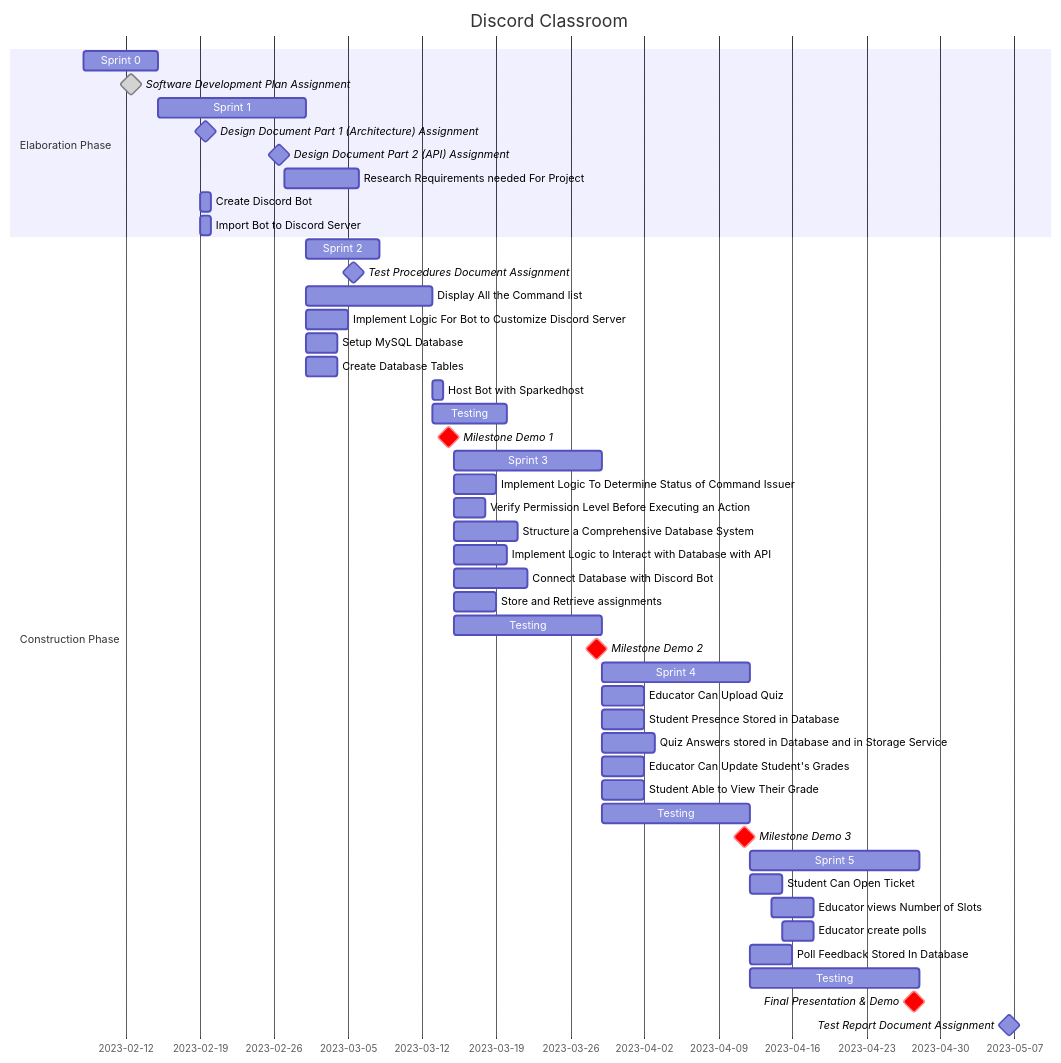
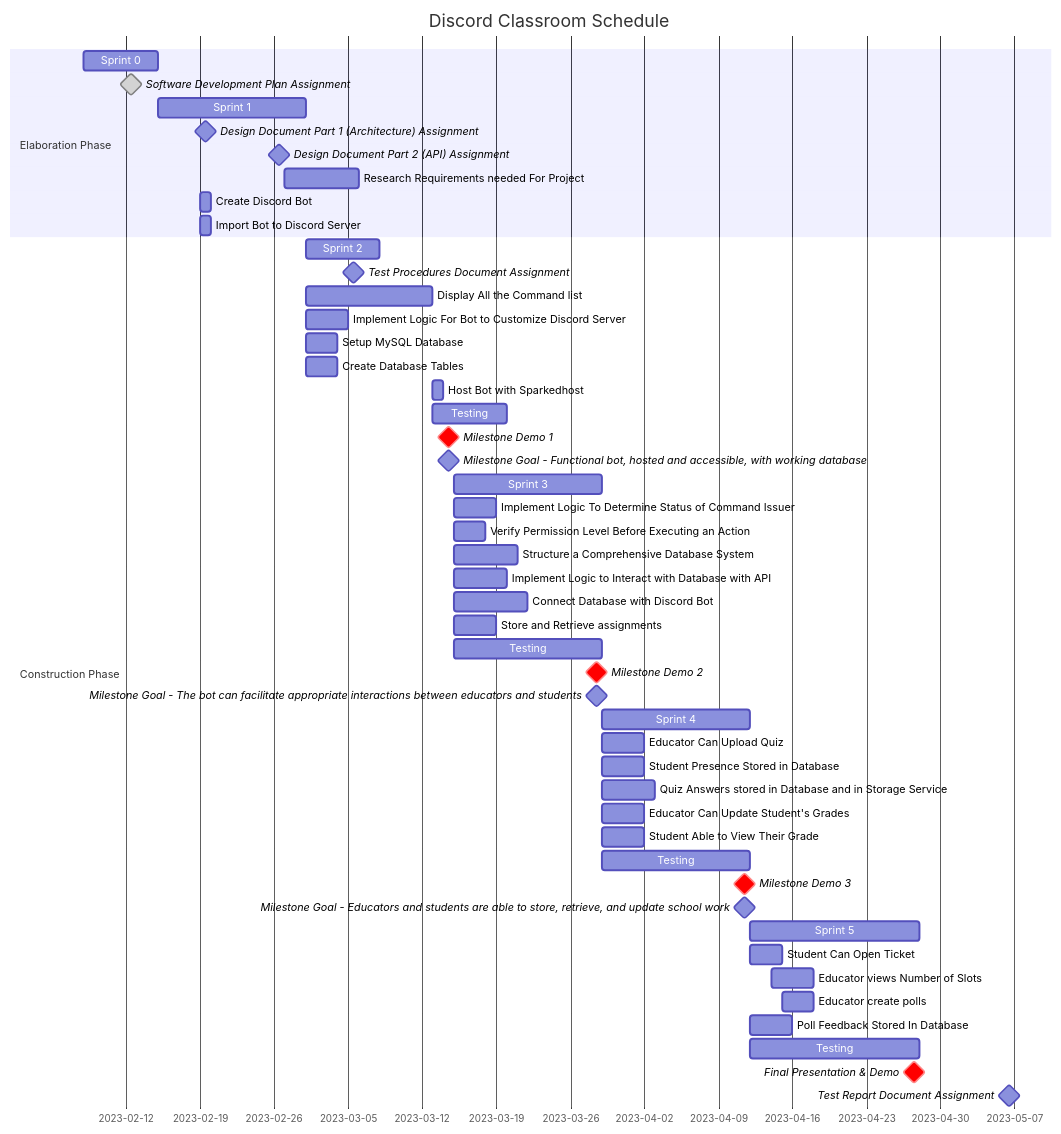
The diagram in documentation/docs/development-plan/schedule.md (Capstone-Projects-2023-Spring/project-discord-classroom), drawn with Mermaid before and after one commit.

Commit message:
Added milestone goals

````diff
--- a/documentation/docs/development-plan/schedule.md
+++ b/documentation/docs/development-plan/schedule.md
@@ -7,59 +7,62 @@
 ```mermaid
 gantt
-    title Discord Classroom
+    title Discord Classroom Schedule
     dateFormat  YYYY-MM-DD
     
     section Elaboration Phase 
          Sprint 0: , 2023-02-08, 1w
          Software Development Plan Assignment: milestone, done, 2023-02-12, 1d
 
          Sprint 1: , 2023-02-15, 2w
          Design Document Part 1 (Architecture) Assignment: milestone, , 2023-02-19, 1d
          Design Document Part 2 (API) Assignment: milestone, , 2023-02-26, 1d
          Research Requirements needed For Project : , 2023-02-27, 1w
          Create Discord Bot : , 2023-02-19, 1d
          Import Bot to Discord Server: , 2023-02-19, 1d
 
         section Construction Phase 
          Sprint 2: , 2023-03-01, 1w
          Test Procedures Document Assignment: milestone, , 2023-03-05, 1d 
          Display All the Command list: , 2023-03-01, 12d
          Implement Logic For Bot to Customize Discord Server : , 2023-03-01, 4d
          Setup MySQL Database:  , 2023-03-01, 3d
          Create Database Tables :  , 2023-03-01, 3d 
          Host Bot with Sparkedhost :  , 2023-03-13, 1d
          Testing :  , 2023-03-13, 1w
 
          Milestone Demo 1 :crit, milestone,  , 2023-03-14, 1d
+         Milestone Goal - Functional bot, hosted and accessible, with working database: milestone, 2023-3-14, 1d
          
          Sprint 3: , 2023-03-15, 2w
          Implement Logic To Determine Status of Command Issuer:  , 2023-03-15, 4d
          Verify Permission Level Before Executing an Action:  , 2023-03-15, 3d
          Structure a Comprehensive Database System:  , 2023-03-15, 6d 
          Implement Logic to Interact with Database with API:  , 2023-03-15, 5d
          Connect Database with Discord Bot :  , 2023-03-15, 1w 
          Store and Retrieve assignments:  , 2023-03-15, 4d
          Testing :  , 2023-03-15, 2w
 
          Milestone Demo 2 :crit, milestone,  , 2023-03-28, 1d
+         Milestone Goal - The bot can facilitate appropriate interactions between educators and students: milestone, 2023-3-28, 1d
 
          Sprint 4: , 2023-03-29, 2w
          Educator Can Upload Quiz:  , 2023-03-29, 4d
          Student Presence Stored in Database:  , 2023-03-29, 4d
          Quiz Answers stored in Database and in Storage Service:  , 2023-03-29, 5d
          Educator Can Update Student's Grades:  , 2023-03-29, 4d
          Student Able to View Their Grade:  , 2023-03-29, 4d
          Testing :  , 2023-03-29, 2w
 
          Milestone Demo 3 :crit, milestone,  , 2023-04-11, 1d
+         Milestone Goal - Educators and students are able to store, retrieve, and update school work: milestone, 2023-4-11, 1d
          
          Sprint 5: , 2023-04-12, 16d
          Student Can Open Ticket:  , 2023-04-12, 3d
          Educator views Number of Slots:  , 2023-04-14, 4d
          Educator create polls:  , 2023-04-15, 3d
          Poll Feedback Stored In Database:  , 2023-04-12, 4d
          Testing :  , 2023-04-12, 16d
 
          Final Presentation & Demo :crit, milestone,  , 2023-04-27, 1d
          Test Report Document Assignment: milestone, , 2023-05-06, 1d
 ```
````
